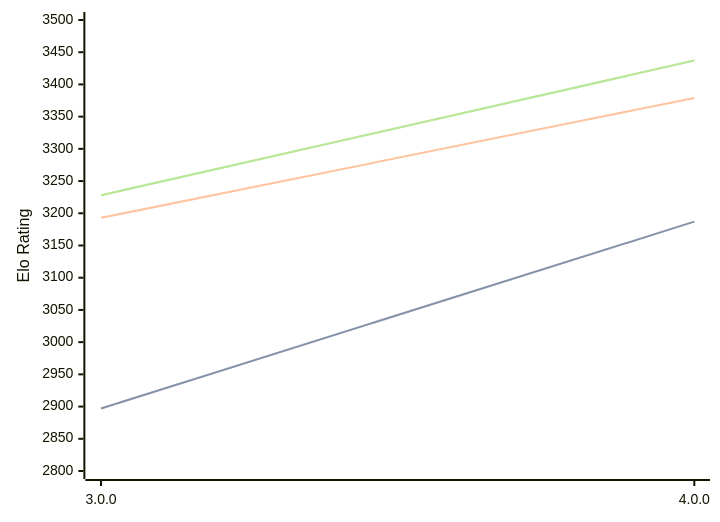
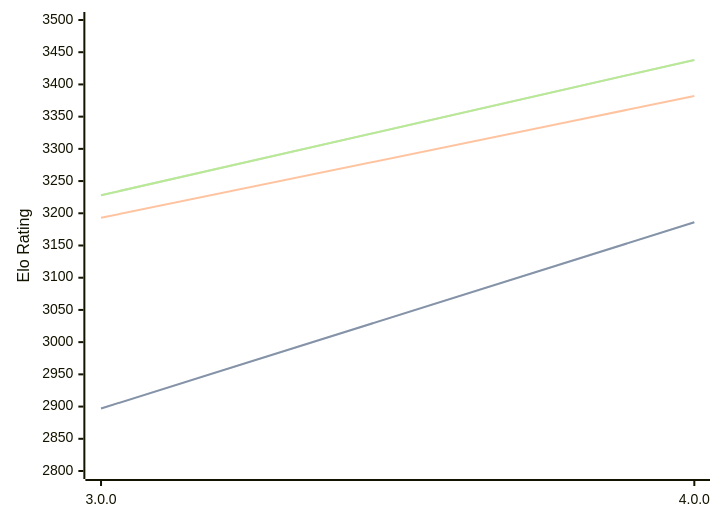
The diagram in engines/Avalanche.md (computer-chess-index/cci), drawn with Mermaid before and after one commit. The commit also changed other lines of this file, not shown here.

Commit message:
Update CCI Ratings (ELO VLTC) - 2026-09-06

````diff
--- a/engines/Avalanche.md
+++ b/engines/Avalanche.md
@@ -32,11 +32,11 @@
 ```mermaid
 %%{init: {"theme":"base","themeVariables":{"seriesColors:['#a3a3a3','#222221','#faa371']}}}%%
 xychart-beta
   x-axis ["3.0.0", "4.0.0"]
   y-axis "Elo Rating" 2800 --> 3500
-  line "" [2897, 3187]
-  line "STC (8.0+0.08s)" [2897, 3187]
-  line "LTC (60.0+0.60s)" [3193, 3379]
-  line "" [3228, 3437]
-  line "VLTC (2m24s+1.12s)" [3228, 3437]
+  line "" [2897, 3186]
+  line "STC (8.0+0.08s)" [2897, 3186]
+  line "LTC (60.0+0.60s)" [3193, 3382]
+  line "" [3228, 3438]
+  line "VLTC (2m24s+1.12s)" [3228, 3438]
 ```
````
